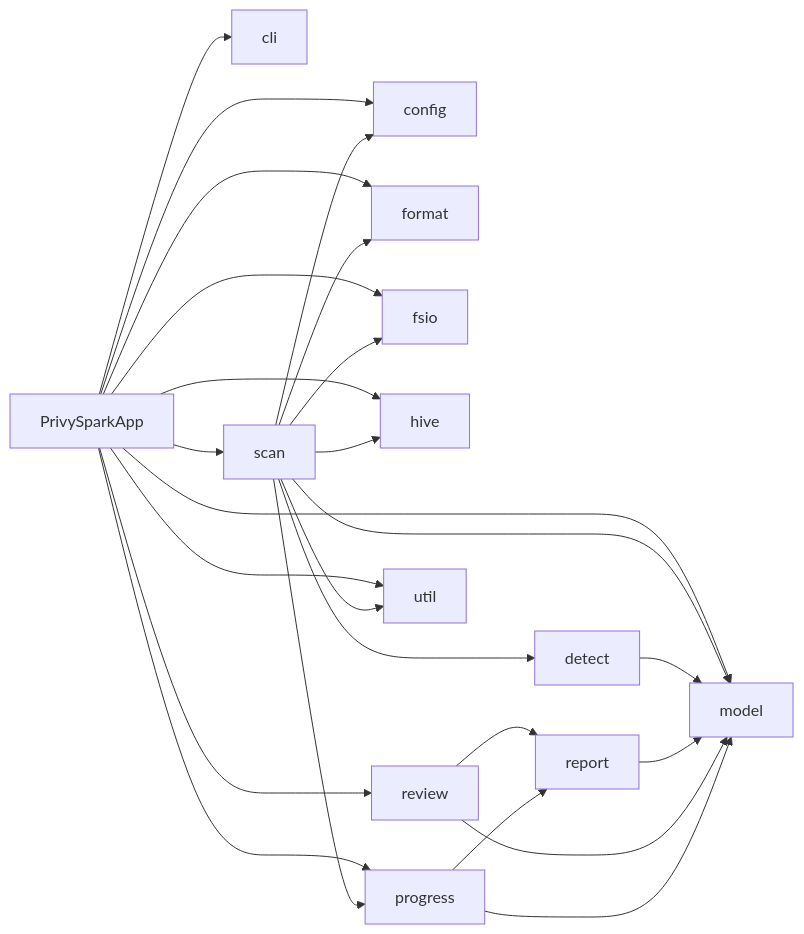
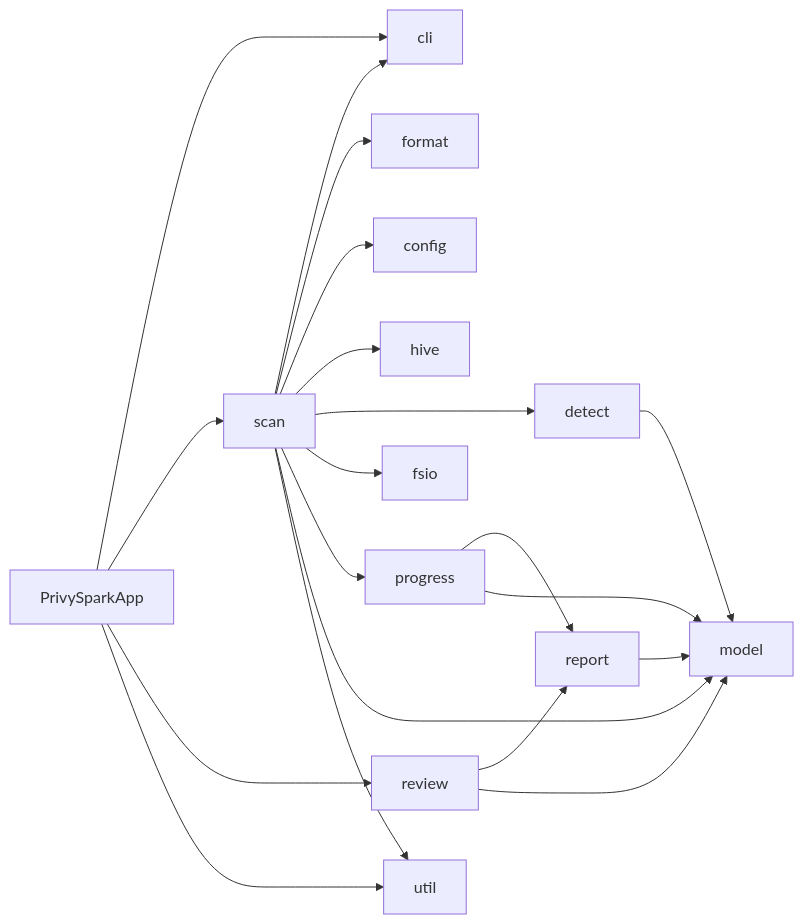
One commit to jonggeun2001/PrivySpark changed the first of 2 diagrams in docs/ko/architecture/overview.md. Above: the diagram before and after it, drawn with Mermaid. The commit also changed other lines of this file and 7 other files, not shown here.

````diff
--- a/docs/ko/architecture/overview.md
+++ b/docs/ko/architecture/overview.md
@@ -72,27 +73,22 @@
 ```mermaid
 flowchart LR
   app[PrivySparkApp] --> cli[cli]
-  app --> config[config]
-  app --> format[format]
-  app --> fsio[fsio]
-  app --> hive[hive]
-  app --> model[model]
   app --> scan[scan]
   app --> review[review]
-  app --> progress[progress]
   app --> util[util]
+  scan --> cli
   scan --> format[format]
   scan --> config
   scan --> hive[hive]
   scan --> detect[detect]
   scan --> fsio[fsio]
   scan --> progress
   scan --> model[model]
   detect --> model
   report --> model
   review --> report
   review --> model
   progress --> report
   progress --> model
   scan --> util[util]
 ```
````
